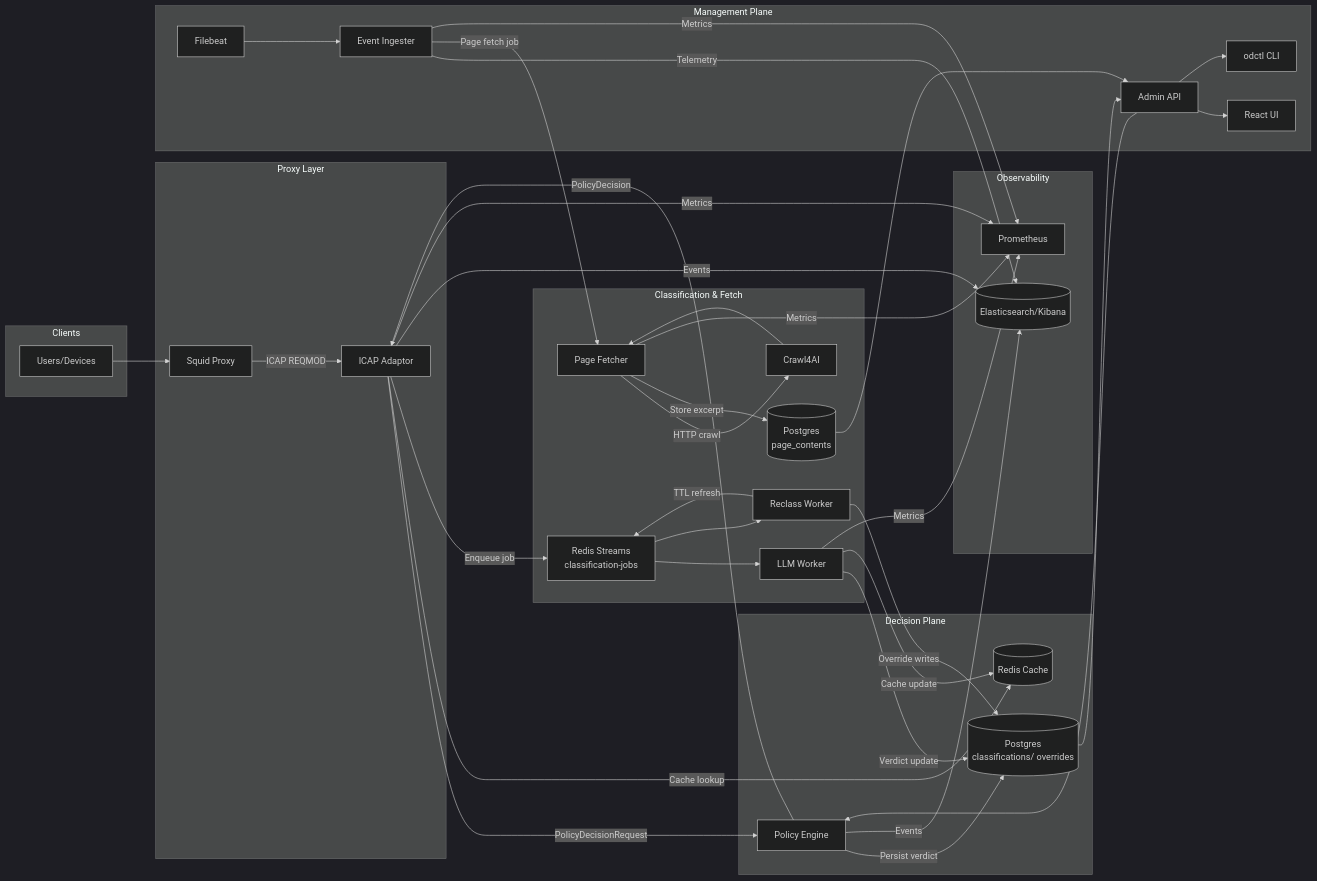
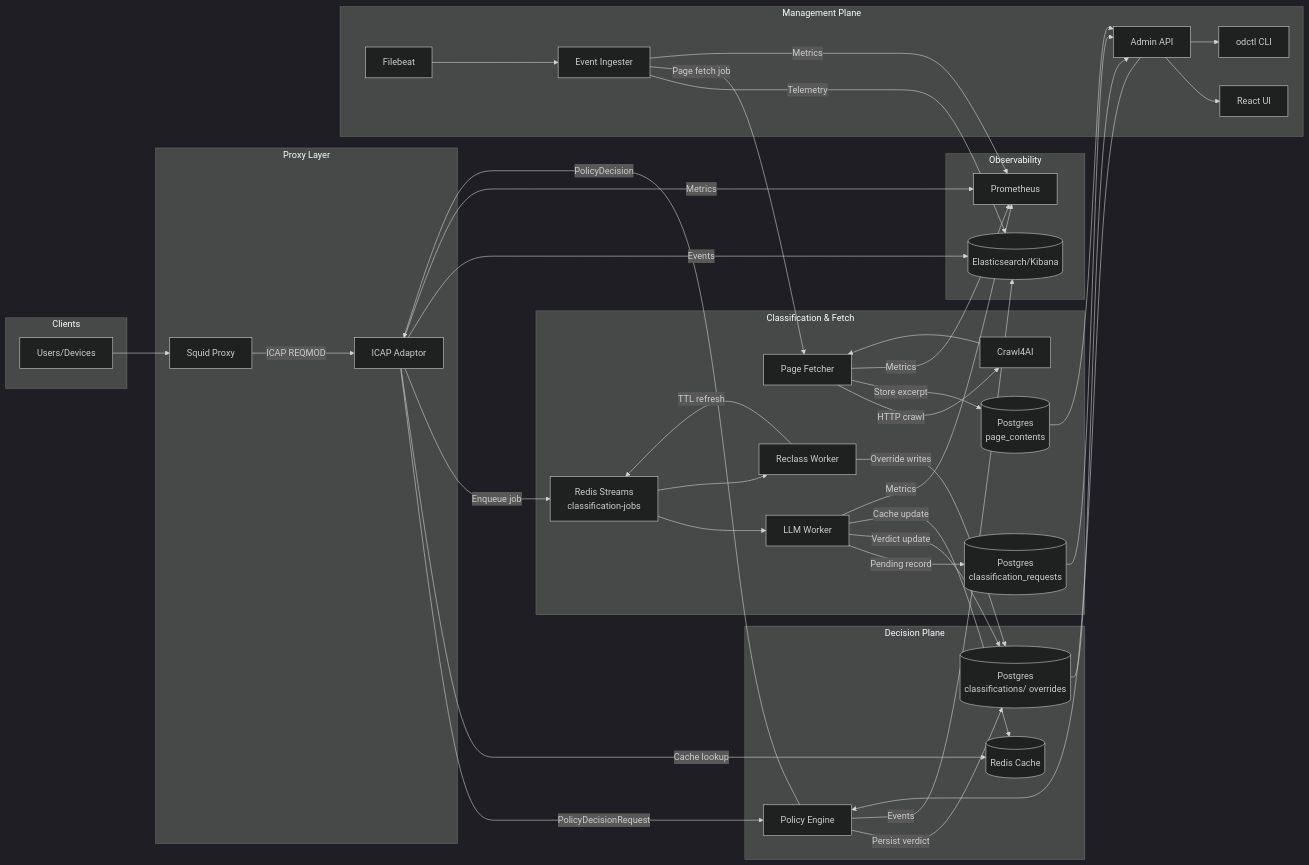
The diagram in docs/architecture.md (trex-fze/open-defender-icap), drawn with Mermaid (dark theme) before and after one commit. The commit also changed other lines of this file and 20 other files, not shown here.

````diff
--- a/docs/architecture.md
+++ b/docs/architecture.md
@@ -24,57 +24,60 @@
 ```mermaid
 flowchart LR
     subgraph Clients
         A[Users/Devices]
     end
     subgraph Proxy Layer
         B[Squid Proxy]
         C[ICAP Adaptor]
     end
     subgraph Decision Plane
         D[Policy Engine]
         E[(Redis Cache)]
         F[(Postgres<br/>classifications/&nbsp;overrides)]
     end
     subgraph Classification & Fetch
         STREAM[Redis Streams<br/>classification-jobs]
         G[LLM Worker]
         H[Reclass Worker]
         PF[Page Fetcher]
         CRAWL[Crawl4AI]
         PAGE[(Postgres<br/>page_contents)]
+        PEND[(Postgres<br/>classification_requests)]
     end
     subgraph Management Plane
         I[Admin API]
         J[React UI]
         K[odctl CLI]
         EI[Event Ingester]
         FB[Filebeat]
     end
     subgraph Observability
         L[(Elasticsearch/Kibana)]
         M[Prometheus]
     end
 
     A --> B -->|ICAP REQMOD| C -->|PolicyDecisionRequest| D
     D -->|PolicyDecision| C
     C -->|Cache lookup| E
     D -->|Persist verdict| F
     C -->|Enqueue job| STREAM --> G & H
+    G -->|Pending record| PEND
     G -->|Verdict update| F
     G -->|Cache update| E
     H -->|TTL refresh| STREAM
     H -->|Override writes| F
     FB --> EI -->|Telemetry| L
     C -->|Events| L
     D -->|Events| L
     EI -->|Page fetch job| PF -->|HTTP crawl| CRAWL --> PF
     PF -->|Store excerpt| PAGE --> I
     F --> I
+    PEND --> I
     I --> J
     I --> K
     I --> D
     C -->|Metrics| M
     G -->|Metrics| M
     EI -->|Metrics| M
     PF -->|Metrics| M
 ```
````
